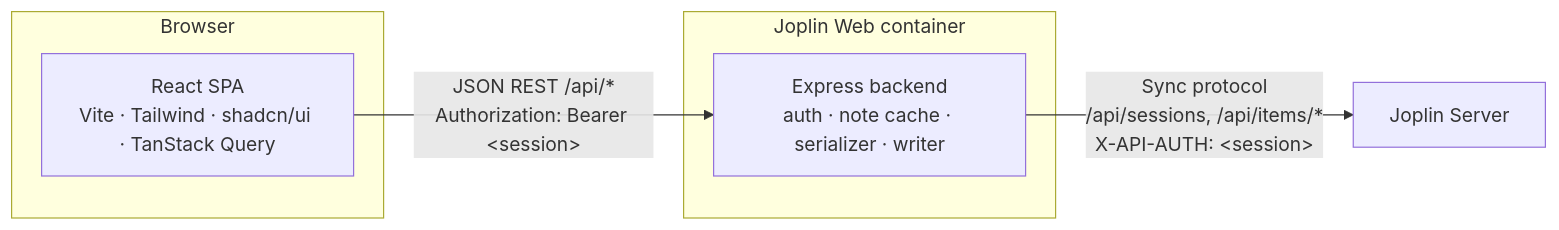
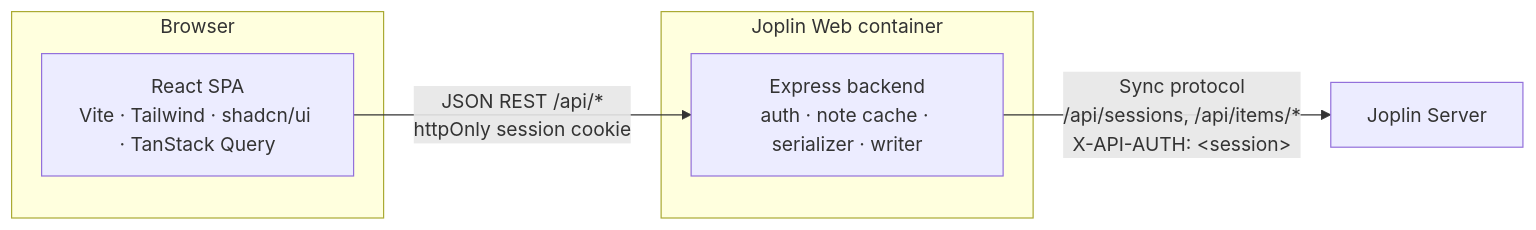
The diagram in docs/architecture.md (KamiNeko/joplin-web), drawn with Mermaid before and after one commit. The commit also changed other lines of this file and 13 other files, not shown here.

First line of the commit message:
fix: session cookie, CSRF origin check, real logout, proxy and CSP config

````diff
--- a/docs/architecture.md
+++ b/docs/architecture.md
@@ -5,12 +5,12 @@
 ```mermaid
 flowchart LR
     subgraph Browser
         A["React SPA<br/>Vite · Tailwind · shadcn/ui · TanStack Query"]
     end
     subgraph Container["Joplin Web container"]
         B["Express backend<br/>auth · note cache · serializer · writer"]
     end
     C["Joplin Server"]
-    A -->|"JSON REST /api/*<br/>Authorization: Bearer &lt;session&gt;"| B
+    A -->|"JSON REST /api/*<br/>httpOnly session cookie"| B
     B -->|"Sync protocol<br/>/api/sessions, /api/items/*<br/>X-API-AUTH: &lt;session&gt;"| C
 ```
````
